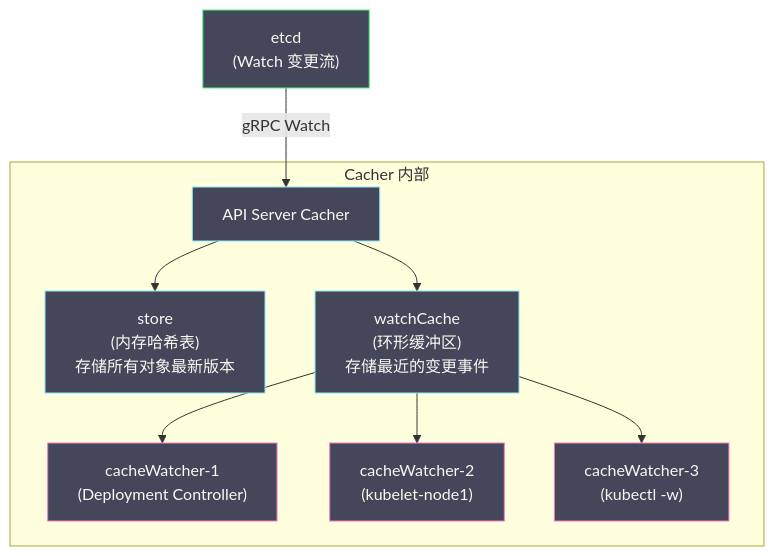
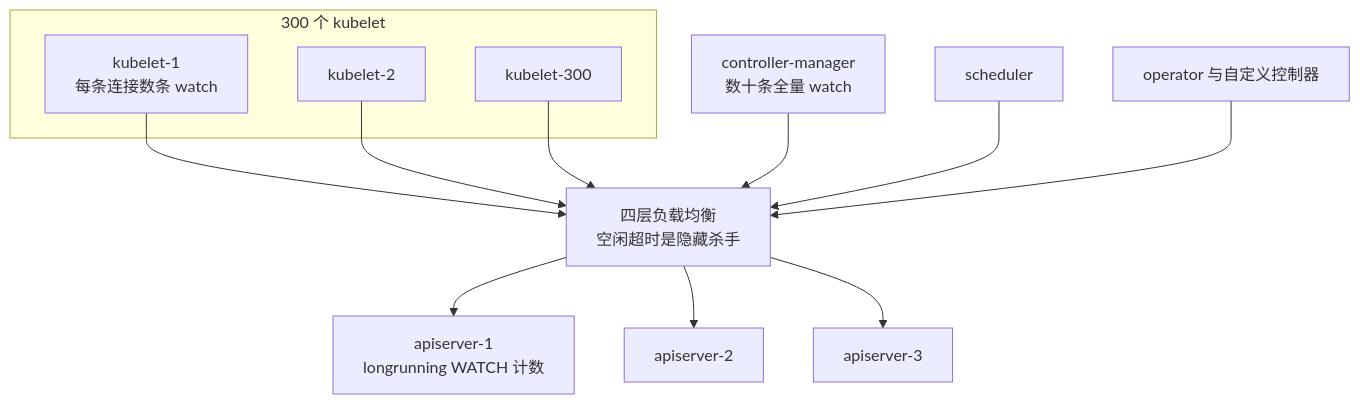
One commit to hpliStartAgain/my-brain changed the fourth of 6 diagrams in content/云原生/Kubernetes/kubernetes之API Server/05 List-Watch 机制与 Informer 框架.md. Above: the diagram before and after it, drawn with Mermaid. The commit also changed other lines of this file and 455 other files, not shown here.

````diff
--- a/content/云原生/Kubernetes/kubernetes之API Server/05 List-Watch 机制与 Informer 框架.md
+++ b/content/云原生/Kubernetes/kubernetes之API Server/05 List-Watch 机制与 Informer 框架.md
@@ -68,21 +173,25 @@
 ```mermaid
 %%{init: {'theme': 'dracula'}}%%
 graph TD
-    ETCD["etcd</br>(Watch 变更流)"] -->|"gRPC Watch"| CACHER["API Server Cacher"]
-    
-    subgraph "Cacher 内部"
-        CACHER --> STORE["store</br>(内存哈希表)</br>存储所有对象最新版本"]
-        CACHER --> WC["watchCache</br>(环形缓冲区)</br>存储最近的变更事件"]
-        WC --> CW1["cacheWatcher-1</br>(Deployment Controller)"]
-        WC --> CW2["cacheWatcher-2</br>(kubelet-node1)"]
-        WC --> CW3["cacheWatcher-3</br>(kubectl -w)"]
+    subgraph "300 个 kubelet"
+        K1["kubelet-1<br/>每条连接数条 watch"]
+        K2["kubelet-2"]
+        K3["kubelet-300"]
     end
-
-    classDef etcd fill:#44475a,stroke:#50fa7b,color:#f8f8f2
-    classDef cache fill:#44475a,stroke:#8be9fd,color:#f8f8f2
-    classDef watcher fill:#44475a,stroke:#ff79c6,color:#f8f8f2
-
-    class ETCD etcd
-    class CACHER,STORE,WC cache
-    class CW1,CW2,CW3 watcher
+    LB["四层负载均衡<br/>空闲超时是隐藏杀手"]
+    A1["apiserver-1<br/>longrunning WATCH 计数"]
+    A2["apiserver-2"]
+    A3["apiserver-3"]
+    CM["controller-manager<br/>数十条全量 watch"]
+    SCH["scheduler"]
+    OP["operator 与自定义控制器"]
+    K1 --> LB
+    K2 --> LB
+    K3 --> LB
+    CM --> LB
+    SCH --> LB
+    OP --> LB
+    LB --> A1
+    LB --> A2
+    LB --> A3
 ```
````
